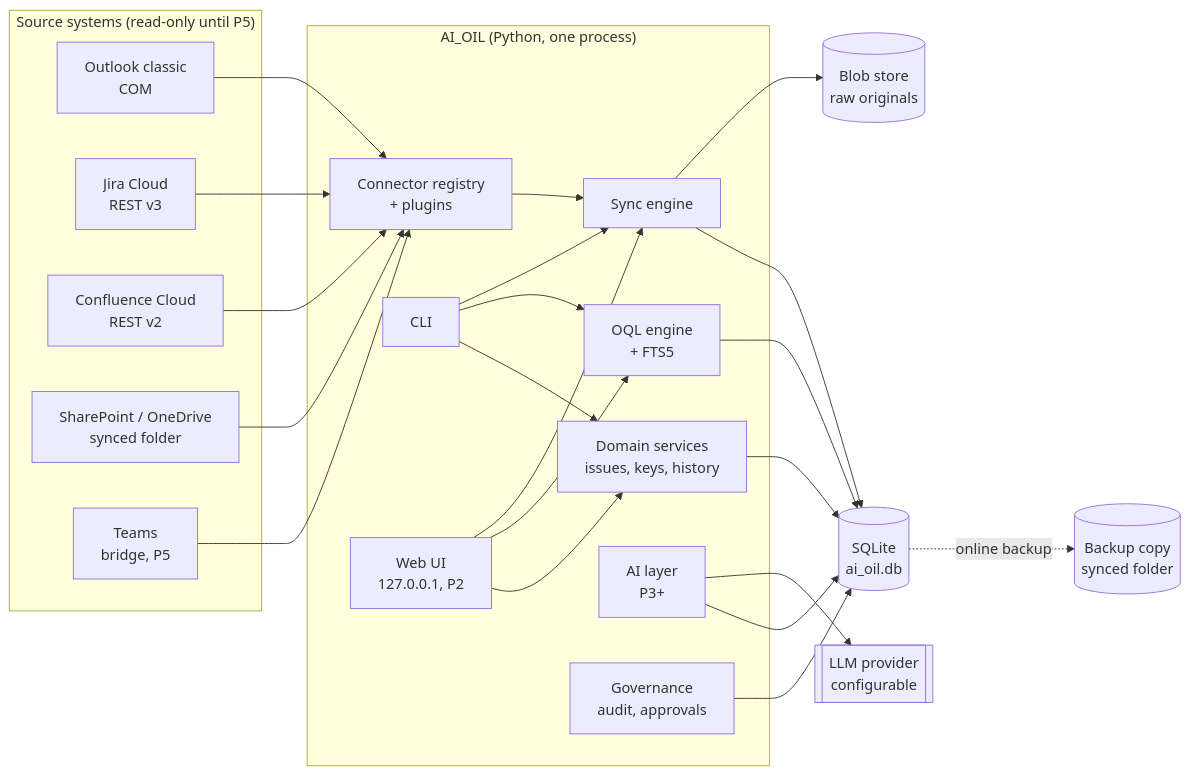
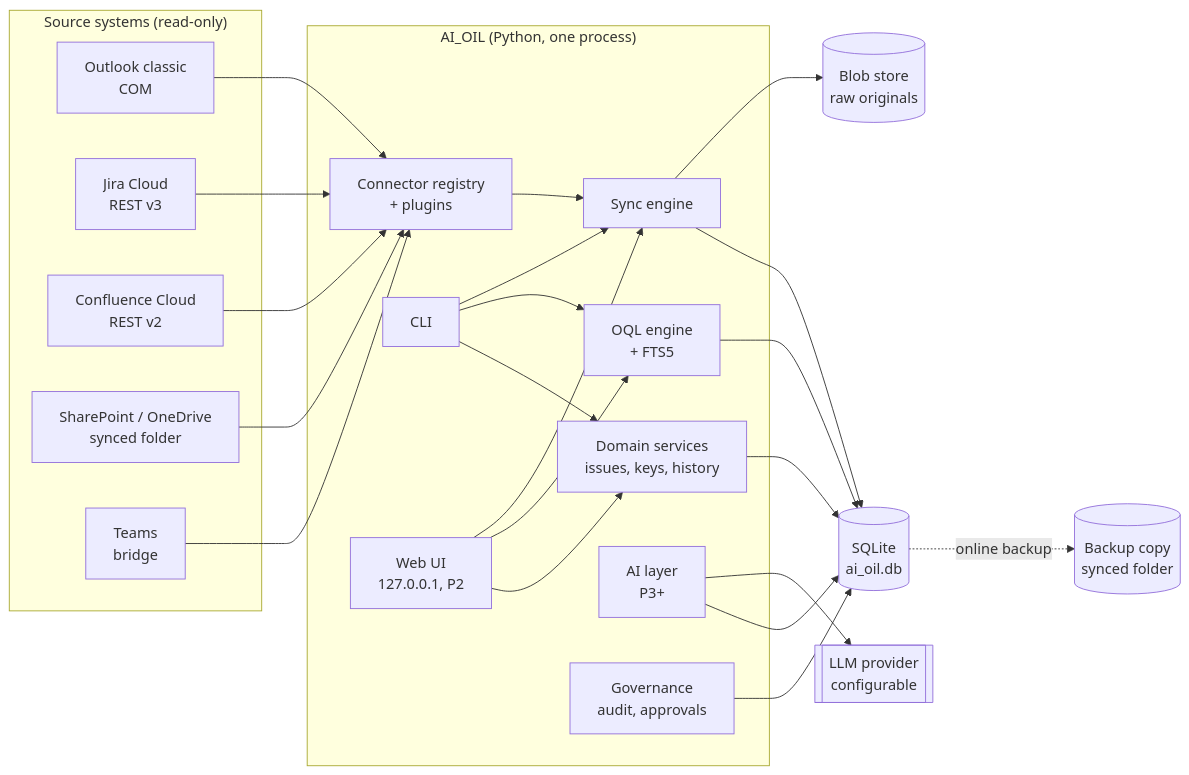
The first of 3 diagrams in docs/specification.md (AlexanderHultsch/AI_OIL), drawn with Mermaid before and after one commit. The commit also changed other lines of this file and 4 other files, not shown here.

First line of the commit message:
Record the owner's decisions on the open points; spec v0.5; draft the Teams bridge concept (D1, T1)

````diff
--- a/docs/specification.md
+++ b/docs/specification.md
@@ -117,33 +117,33 @@
 ```mermaid
 flowchart LR
-    subgraph Sources["Source systems (read-only until P5)"]
+    subgraph Sources["Source systems (read-only)"]
         OL[Outlook classic<br/>COM]
         JI[Jira Cloud<br/>REST v3]
         CF[Confluence Cloud<br/>REST v2]
         SP[SharePoint / OneDrive<br/>synced folder]
-        TM[Teams<br/>bridge, P5]
+        TM[Teams<br/>bridge]
     end
     subgraph App["AI_OIL (Python, one process)"]
         CR[Connector registry<br/>+ plugins]
         SE[Sync engine]
         DS[Domain services<br/>issues, keys, history]
         QE[OQL engine<br/>+ FTS5]
         AIL[AI layer<br/>P3+]
         GV[Governance<br/>audit, approvals]
         CLI[CLI]
         WEB[Web UI<br/>127.0.0.1, P2]
     end
     DB[(SQLite<br/>ai_oil.db)]
     BL[(Blob store<br/>raw originals)]
     LLM[[LLM provider<br/>configurable]]
     BK[(Backup copy<br/>synced folder)]
 
     OL & JI & CF & SP & TM --> CR --> SE --> DB
     SE --> BL
     CLI & WEB --> DS & QE & SE
     DS & QE --> DB
     AIL --> DB
     AIL --> LLM
     GV --> DB
     DB -. online backup .-> BK
 ```
````
